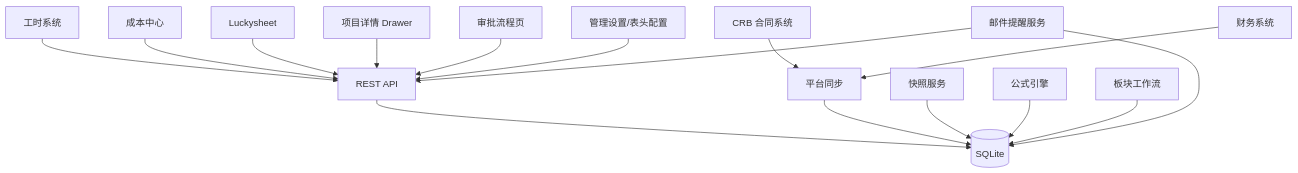
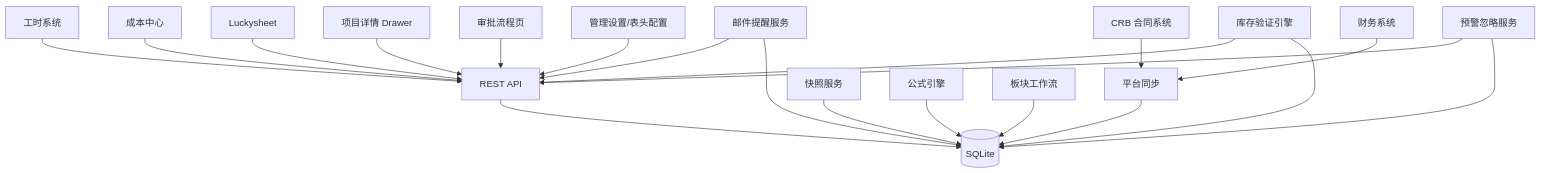
Before and after one commit to marcelxu0272/202605_project-tracking-table: diagram 13 of 15 in .qoder/repowiki/zh/content/需求文档/需求文档.md, drawn with Mermaid. The commit also changed other lines of this file and 6 other files, not shown here.

````diff
--- a/.qoder/repowiki/zh/content/需求文档/需求文档.md
+++ b/.qoder/repowiki/zh/content/需求文档/需求文档.md
@@ -405,18 +530,22 @@
 ```mermaid
 graph TB
 CRB["CRB 合同系统"] --> SYNC["平台同步"]
 FIN["财务系统"] --> SYNC
 TS["工时系统"] --> API["REST API"]
 COST["成本中心"] --> API
 LUCKY["Luckysheet"] --> API
 DRAWER["项目详情 Drawer"] --> API
 APPROVAL["审批流程页"] --> API
 ADMIN_UI["管理设置/表头配置"] --> API
 MAIL["邮件提醒服务"] --> API
+STOCK["库存验证引擎"] --> API
+DISMISS["预警忽略服务"] --> API
 API --> DB[("SQLite")]
 SYNC --> DB
 SNAP["快照服务"] --> DB
 FORM["公式引擎"] --> DB
 WF["板块工作流"] --> DB
 MAIL --> DB
+STOCK --> DB
+DISMISS --> DB
 ```
````
